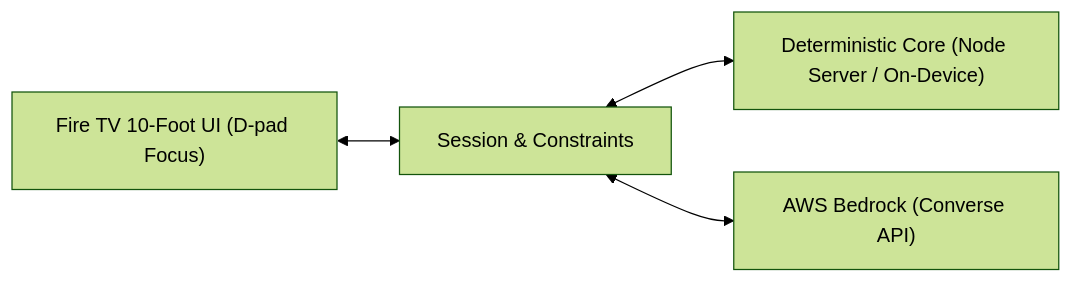
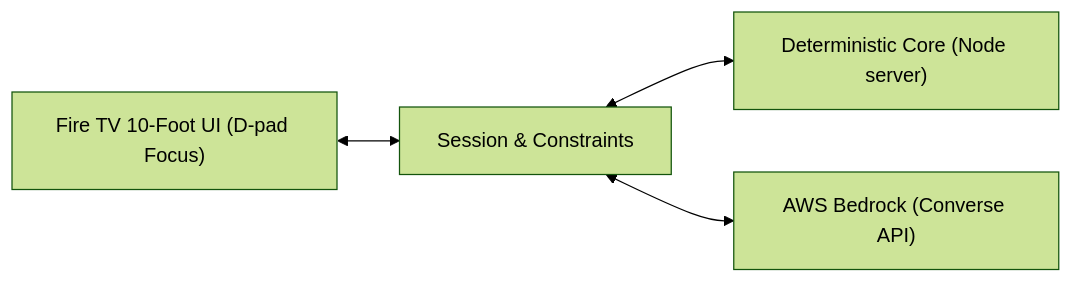
Before and after one commit to shrutimishrads/OnePick: the diagram in README.md, drawn with Mermaid (forest theme). The commit also changed other lines of this file, not shown here.

````diff
--- a/README.md
+++ b/README.md
@@ -58,6 +58,6 @@
 ```mermaid
 flowchart LR
     TV["Fire TV 10-Foot UI (D-pad Focus)"] <--> State["Session & Constraints"]
-    State <--> Engine["Deterministic Core (Node Server / On-Device)"]
+    State <--> Engine["Deterministic Core (Node server)"]
     State <--> Bedrock["AWS Bedrock (Converse API)"]
 ```
````
